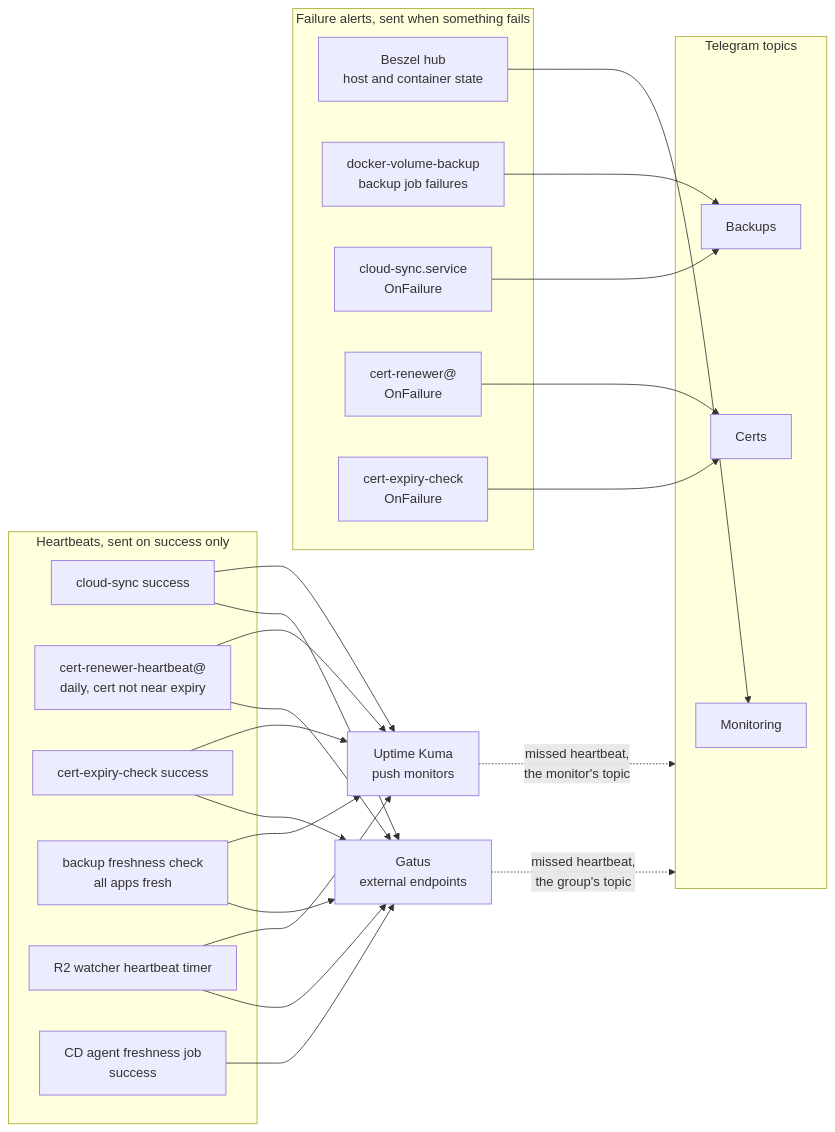
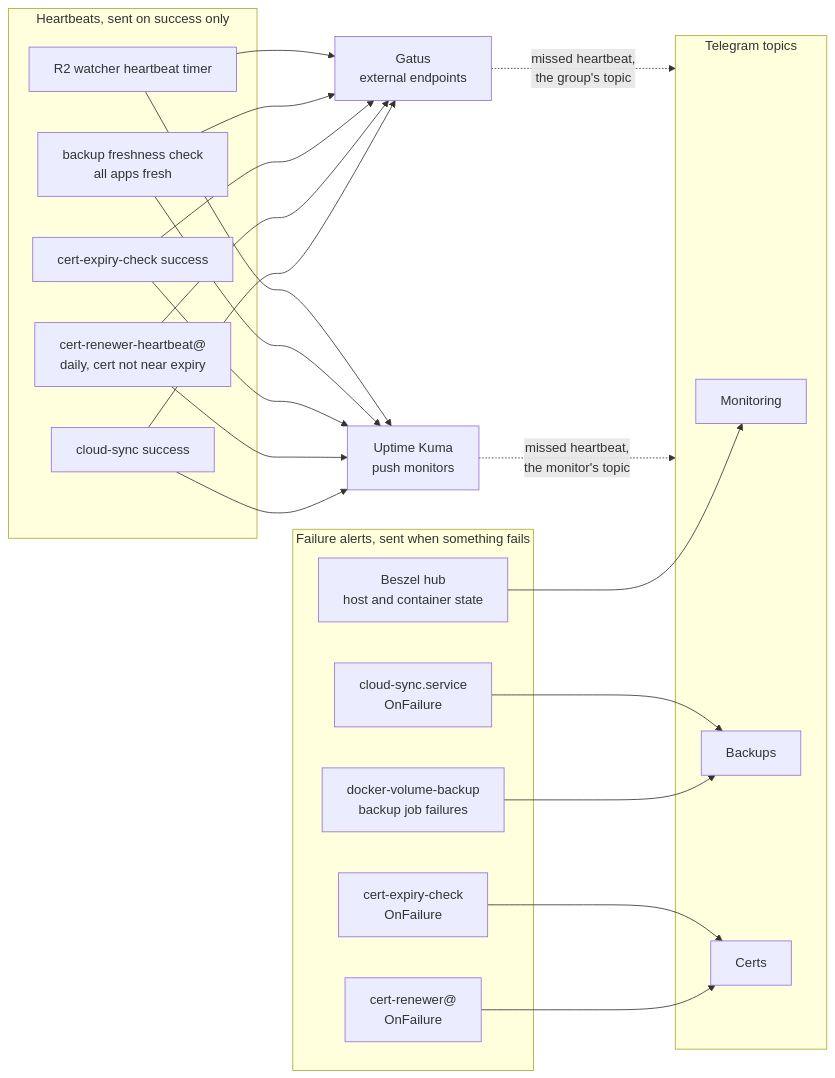
One commit to wenenhoe/homelab changed the diagram in docs/architecture/alerting-and-heartbeat-flow.md. Above: the diagram before and after it, drawn with Mermaid. The commit also changed other lines of this file and 6 other files, not shown here.

````diff
--- a/docs/architecture/alerting-and-heartbeat-flow.md
+++ b/docs/architecture/alerting-and-heartbeat-flow.md
@@ -9,44 +9,42 @@
 ```mermaid
 flowchart LR
     subgraph sources["Failure alerts, sent when something fails"]
         beszel["Beszel hub<br/>host and container state"]
         dvb["docker-volume-backup<br/>backup job failures"]
         sync["cloud-sync.service<br/>OnFailure"]
         renew["cert-renewer@<br/>OnFailure"]
         expiry["cert-expiry-check<br/>OnFailure"]
     end
 
     subgraph push["Heartbeats, sent on success only"]
         psync["cloud-sync success"]
         prenew["cert-renewer-heartbeat@<br/>daily, cert not near expiry"]
         pexpiry["cert-expiry-check success"]
         pfresh["backup freshness check<br/>all apps fresh"]
         pwatch["R2 watcher heartbeat timer"]
-        pcd["CD agent freshness job<br/>success"]
     end
 
     kuma["Uptime Kuma<br/>push monitors"]
     gatus["Gatus<br/>external endpoints"]
 
     subgraph topics["Telegram topics"]
         monitoring["Monitoring"]
         backups["Backups"]
         certs["Certs"]
     end
 
     beszel --> monitoring
     dvb --> backups
     sync --> backups
     renew --> certs
     expiry --> certs
 
     psync --> kuma
     prenew --> kuma
     pexpiry --> kuma
     pfresh --> kuma
     pwatch --> kuma
-    pcd --> gatus
     psync & prenew & pexpiry & pfresh & pwatch --> gatus
     kuma -. "missed heartbeat,<br/>the monitor's topic" .-> topics
     gatus -. "missed heartbeat,<br/>the group's topic" .-> topics
 ```
````
